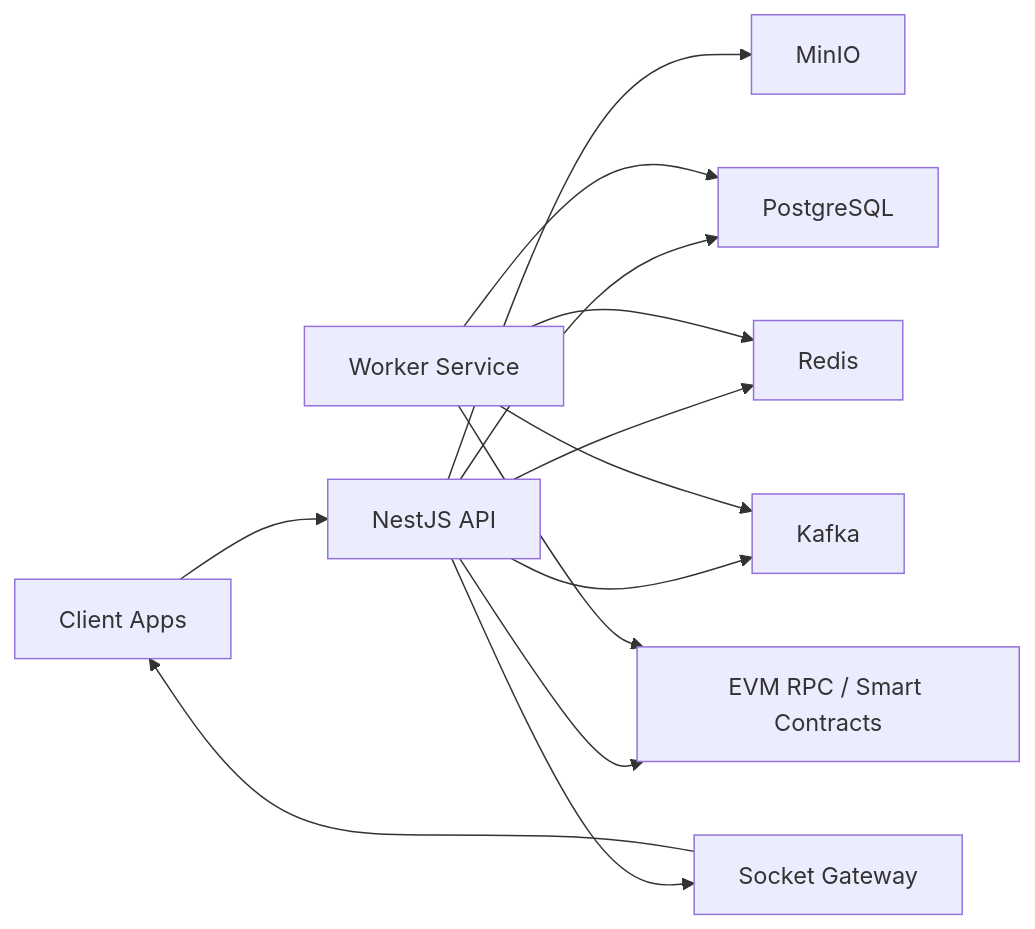
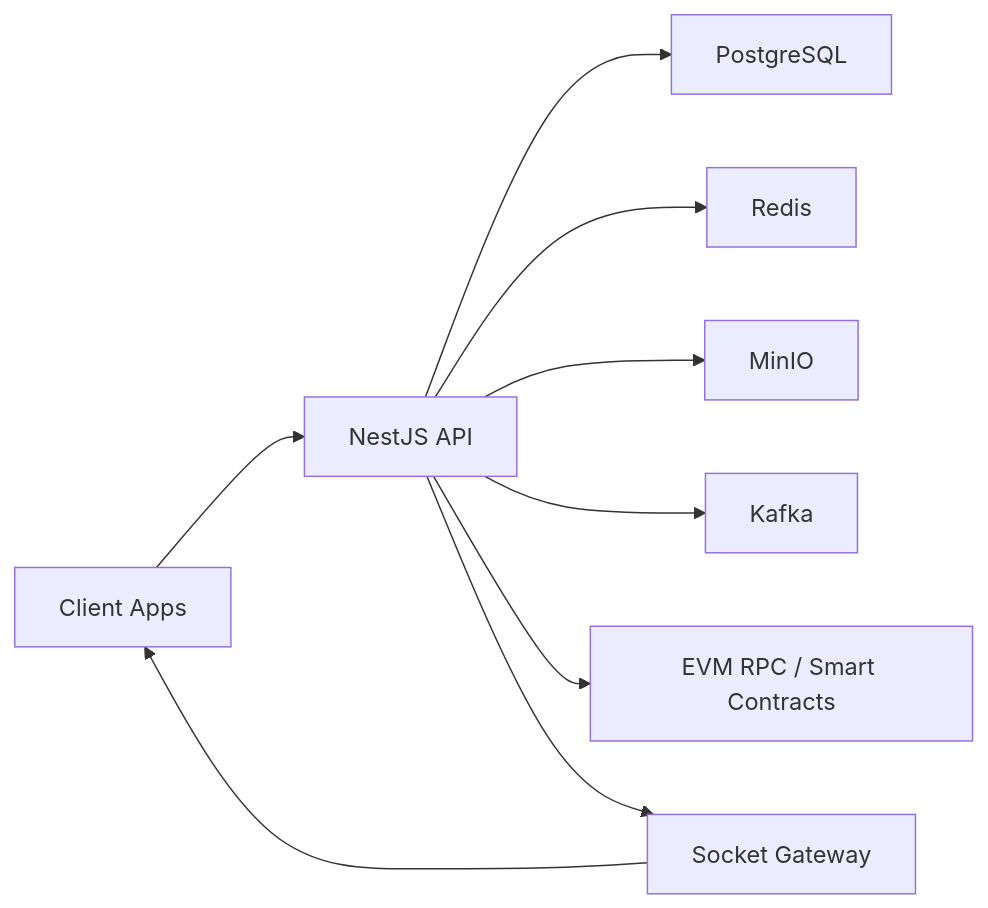
The diagram in README.md (polkatap/polkatap-sc-be), drawn with Mermaid before and after one commit. The commit also changed other lines of this file and 38 other files, not shown here.

````diff
--- a/README.md
+++ b/README.md
@@ -22,15 +21,11 @@
 ```mermaid
 flowchart LR
   A[Client Apps] --> B[NestJS API]
   B --> C[PostgreSQL]
   B --> D[Redis]
   B --> E[MinIO]
   B --> F[Kafka]
   B --> G[EVM RPC / Smart Contracts]
-  H[Worker Service] --> C
-  H --> D
-  H --> F
-  H --> G
   B --> I[Socket Gateway]
   I --> A
 ```
````
